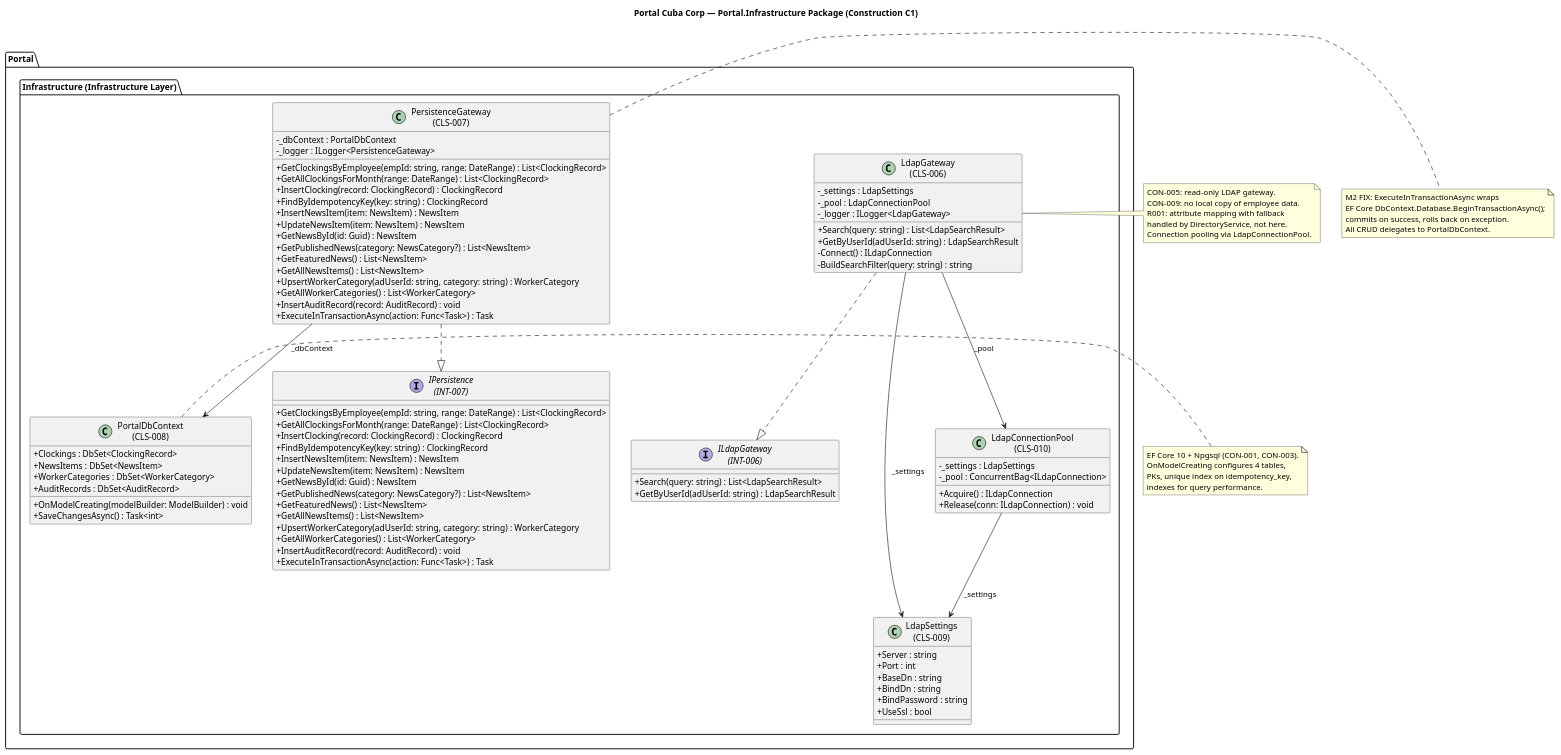
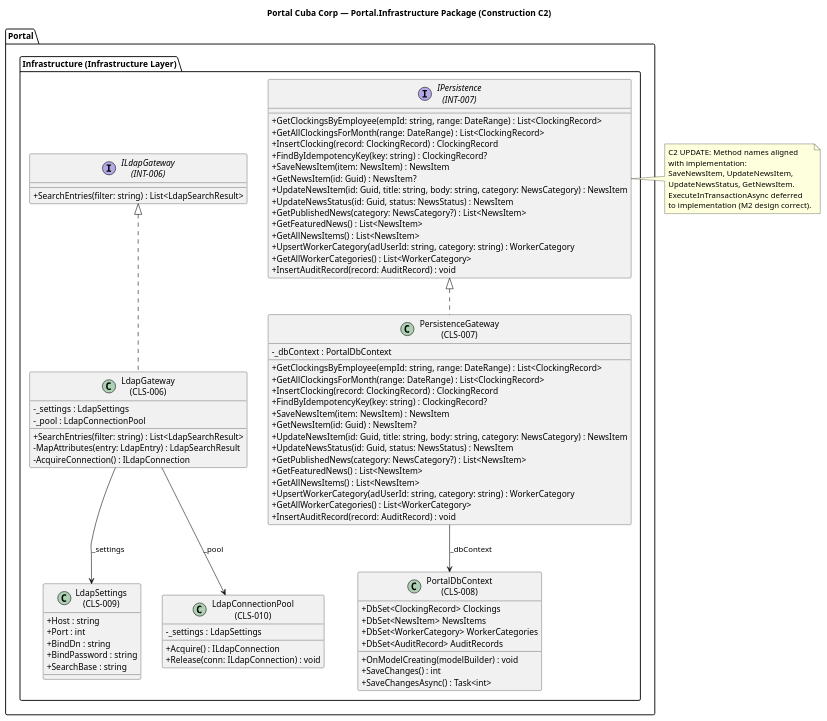
One commit to banense-test/portal-cuba-corp changed diagram 13 of 32 in docs/artifacts/analysis---design/design-model.md. Above: the diagram before and after it, drawn with PlantUML. The commit also changed other lines of this file, not shown here.

First line of the commit message:
Designer [C2]: upsert Design Model

````diff
--- a/docs/artifacts/analysis---design/design-model.md
+++ b/docs/artifacts/analysis---design/design-model.md
@@ -978,116 +957,96 @@
 ```plantuml
 @startuml
-title Portal Cuba Corp — Portal.Infrastructure Package (Construction C1)
+title Portal Cuba Corp — Portal.Infrastructure Package (Construction C2)
 
 skinparam classAttributeIconSize 0
 
 package "Portal.Infrastructure (Infrastructure Layer)" {
 
   interface "ILdapGateway\n(INT-006)" as INT006 {
-    + Search(query: string) : List<LdapSearchResult>
-    + GetByUserId(adUserId: string) : LdapSearchResult
+    + SearchEntries(filter: string) : List<LdapSearchResult>
   }
 
   class "LdapGateway\n(CLS-006)" as CLS006 {
     - _settings : LdapSettings
     - _pool : LdapConnectionPool
-    - _logger : ILogger<LdapGateway>
-    + Search(query: string) : List<LdapSearchResult>
-    + GetByUserId(adUserId: string) : LdapSearchResult
-    - Connect() : ILdapConnection
-    - BuildSearchFilter(query: string) : string
-  }
-
-  class "LdapSettings\n(CLS-009)" as CLS009 {
-    + Server : string
-    + Port : int
-    + BaseDn : string
-    + BindDn : string
-    + BindPassword : string
-    + UseSsl : bool
-  }
-
-  class "LdapConnectionPool\n(CLS-010)" as CLS010 {
-    - _settings : LdapSettings
-    - _pool : ConcurrentBag<ILdapConnection>
-    + Acquire() : ILdapConnection
-    + Release(conn: ILdapConnection) : void
+    + SearchEntries(filter: string) : List<LdapSearchResult>
+    - MapAttributes(entry: LdapEntry) : LdapSearchResult
+    - AcquireConnection() : ILdapConnection
   }
 
   interface "IPersistence\n(INT-007)" as INT007 {
     + GetClockingsByEmployee(empId: string, range: DateRange) : List<ClockingRecord>
     + GetAllClockingsForMonth(range: DateRange) : List<ClockingRecord>
     + InsertClocking(record: ClockingRecord) : ClockingRecord
-    + FindByIdempotencyKey(key: string) : ClockingRecord
-    + InsertNewsItem(item: NewsItem) : NewsItem
-    + UpdateNewsItem(item: NewsItem) : NewsItem
-    + GetNewsById(id: Guid) : NewsItem
+    + FindByIdempotencyKey(key: string) : ClockingRecord?
+    + SaveNewsItem(item: NewsItem) : NewsItem
+    + GetNewsItem(id: Guid) : NewsItem?
+    + UpdateNewsItem(id: Guid, title: string, body: string, category: NewsCategory) : NewsItem
+    + UpdateNewsStatus(id: Guid, status: NewsStatus) : NewsItem
     + GetPublishedNews(category: NewsCategory?) : List<NewsItem>
     + GetFeaturedNews() : List<NewsItem>
     + GetAllNewsItems() : List<NewsItem>
     + UpsertWorkerCategory(adUserId: string, category: string) : WorkerCategory
     + GetAllWorkerCategories() : List<WorkerCategory>
     + InsertAuditRecord(record: AuditRecord) : void
-    + ExecuteInTransactionAsync(action: Func<Task>) : Task
   }
 
   class "PersistenceGateway\n(CLS-007)" as CLS007 {
     - _dbContext : PortalDbContext
-    - _logger : ILogger<PersistenceGateway>
     + GetClockingsByEmployee(empId: string, range: DateRange) : List<ClockingRecord>
     + GetAllClockingsForMonth(range: DateRange) : List<ClockingRecord>
     + InsertClocking(record: ClockingRecord) : ClockingRecord
-    + FindByIdempotencyKey(key: string) : ClockingRecord
-    + InsertNewsItem(item: NewsItem) : NewsItem
-    + UpdateNewsItem(item: NewsItem) : NewsItem
-    + GetNewsById(id: Guid) : NewsItem
+    + FindByIdempotencyKey(key: string) : ClockingRecord?
+    + SaveNewsItem(item: NewsItem) : NewsItem
+    + GetNewsItem(id: Guid) : NewsItem?
+    + UpdateNewsItem(id: Guid, title: string, body: string, category: NewsCategory) : NewsItem
+    + UpdateNewsStatus(id: Guid, status: NewsStatus) : NewsItem
     + GetPublishedNews(category: NewsCategory?) : List<NewsItem>
     + GetFeaturedNews() : List<NewsItem>
     + GetAllNewsItems() : List<NewsItem>
     + UpsertWorkerCategory(adUserId: string, category: string) : WorkerCategory
     + GetAllWorkerCategories() : List<WorkerCategory>
     + InsertAuditRecord(record: AuditRecord) : void
-    + ExecuteInTransactionAsync(action: Func<Task>) : Task
   }
 
   class "PortalDbContext\n(CLS-008)" as CLS008 {
-    + Clockings : DbSet<ClockingRecord>
-    + NewsItems : DbSet<NewsItem>
-    + WorkerCategories : DbSet<WorkerCategory>
-    + AuditRecords : DbSet<AuditRecord>
-    + OnModelCreating(modelBuilder: ModelBuilder) : void
+    + DbSet<ClockingRecord> Clockings
+    + DbSet<NewsItem> NewsItems
+    + DbSet<WorkerCategory> WorkerCategories
+    + DbSet<AuditRecord> AuditRecords
+    + OnModelCreating(modelBuilder) : void
+    + SaveChanges() : int
     + SaveChangesAsync() : Task<int>
+  }
+
+  class "LdapSettings\n(CLS-009)" as CLS009 {
+    + Host : string
+    + Port : int
+    + BindDn : string
+    + BindPassword : string
+    + SearchBase : string
+  }
+
+  class "LdapConnectionPool\n(CLS-010)" as CLS010 {
+    - _settings : LdapSettings
+    + Acquire() : ILdapConnection
+    + Release(conn: ILdapConnection) : void
   }
 }
 
-CLS006 ..|> INT006
-CLS007 ..|> INT007
-
+INT006 <|.. CLS006
+INT007 <|.. CLS007
+CLS007 --> CLS008 : _dbContext
 CLS006 --> CLS009 : _settings
 CLS006 --> CLS010 : _pool
-CLS010 --> CLS009 : _settings
-CLS007 --> CLS008 : _dbContext
 
-note right of CLS006
-  CON-005: read-only LDAP gateway.
-  CON-009: no local copy of employee data.
-  R001: attribute mapping with fallback
-  handled by DirectoryService, not here.
-  Connection pooling via LdapConnectionPool.
-end note
-
-note right of CLS007
-  M2 FIX: ExecuteInTransactionAsync wraps
-  EF Core DbContext.Database.BeginTransactionAsync();
-  commits on success, rolls back on exception.
-  All CRUD delegates to PortalDbContext.
-end note
-
-note right of CLS008
-  EF Core 10 + Npgsql (CON-001, CON-003).
-  OnModelCreating configures 4 tables,
-  PKs, unique index on idempotency_key,
-  indexes for query performance.
+note right of INT007
+  C2 UPDATE: Method names aligned
+  with implementation:
+  SaveNewsItem, UpdateNewsItem,
+  UpdateNewsStatus, GetNewsItem.
+  ExecuteInTransactionAsync deferred
+  to implementation (M2 design correct).
 end note
 
 @enduml
````
